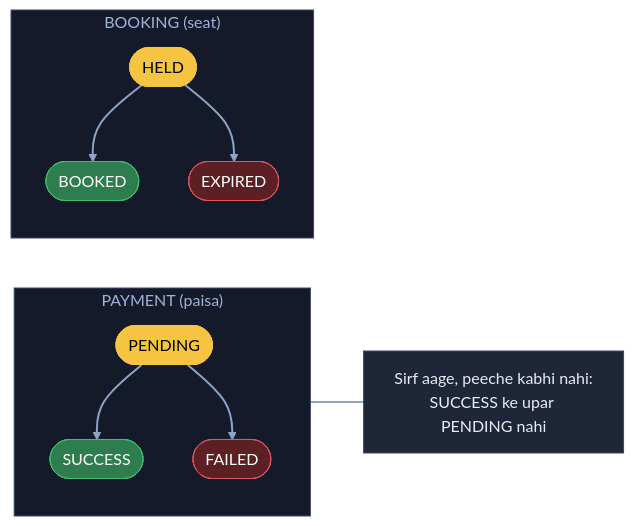
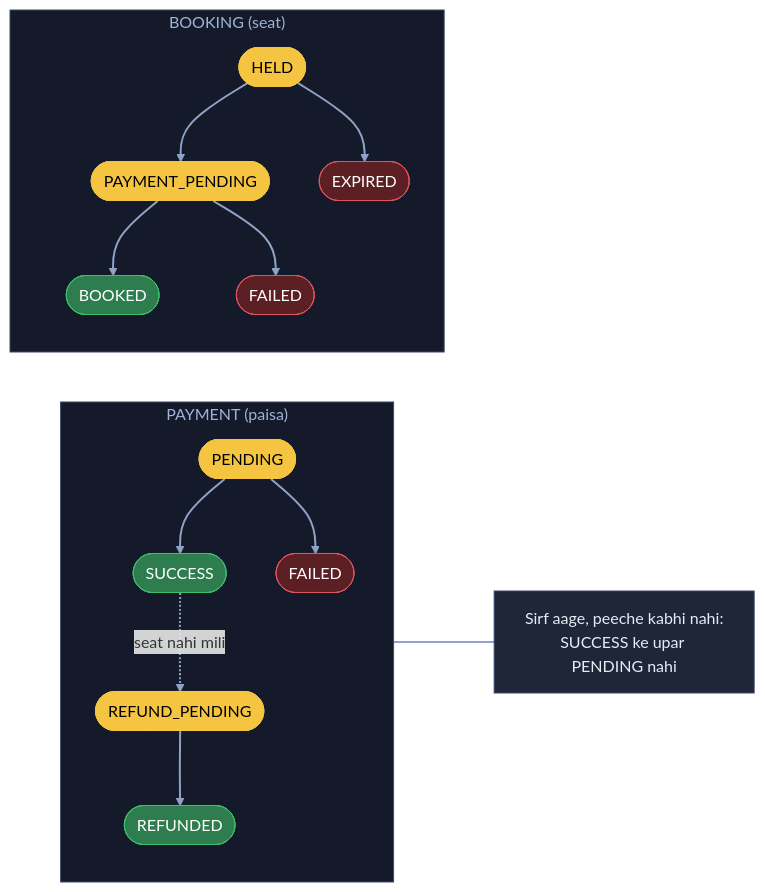
Before and after one commit to ArpanMaheshwari144/Prep: the tenth of 11 diagrams in 04_HLD/SYSTEM_DESIGNS/09_bookmyshow/09_bookmyshow.md, drawn with Mermaid. The commit also changed other lines of this file and 13 other files, not shown here.

````diff
--- a/04_HLD/SYSTEM_DESIGNS/09_bookmyshow/09_bookmyshow.md
+++ b/04_HLD/SYSTEM_DESIGNS/09_bookmyshow/09_bookmyshow.md
@@ -322,19 +347,21 @@
 ```mermaid
 flowchart LR
     subgraph PAY["PAYMENT (paisa)"]
         P1(["PENDING"]):::pill --> S1(["SUCCESS"]):::good
         P1 --> F1(["FAILED"]):::bad
+        S1 -. "seat nahi mili" .-> R1(["REFUND_PENDING"]):::pill --> R2(["REFUNDED"]):::good
     end
     subgraph BOOK["BOOKING (seat)"]
-        H1(["HELD"]):::pill --> B1(["BOOKED"]):::good
+        H1(["HELD"]):::pill --> PP(["PAYMENT_PENDING"]):::pill --> B1(["BOOKED"]):::good
         H1 --> E1(["EXPIRED"]):::bad
+        PP --> FB(["FAILED"]):::bad
     end
     PAY ~~~ N["Sirf aage, peeche kabhi nahi:<br/>SUCCESS ke upar PENDING nahi"]:::card
     linkStyle default stroke:#8fa3c7,stroke-width:2px
     classDef card fill:#1e2638,stroke:#3a4a6b,color:#e8ecf5
     classDef pill fill:#f5c542,stroke:#f5c542,color:#000
     classDef good fill:#2e7d4f,stroke:#3fbf6f,color:#fff
     classDef bad fill:#5c1f24,stroke:#e05561,color:#fff
     style PAY fill:#141a29,stroke:#3a4a6b,color:#9fb3d9
     style BOOK fill:#141a29,stroke:#3a4a6b,color:#9fb3d9
 ```
````
